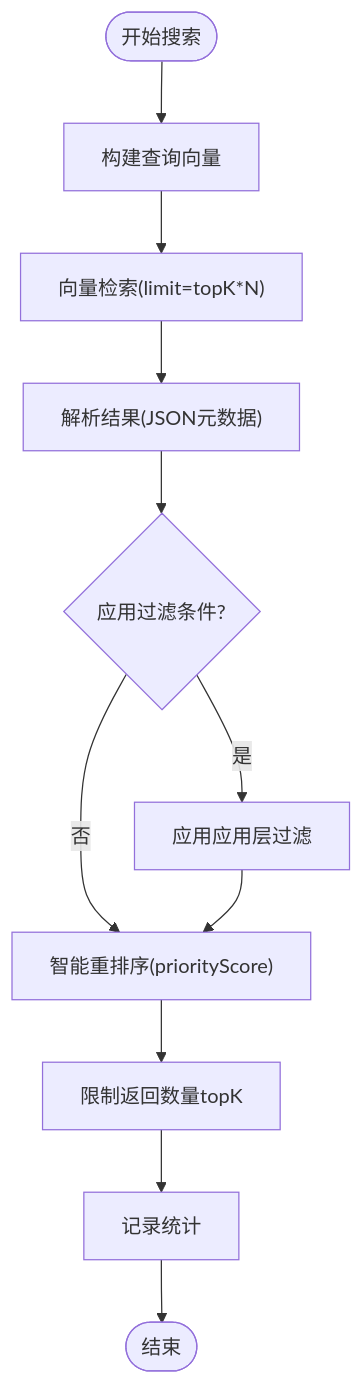
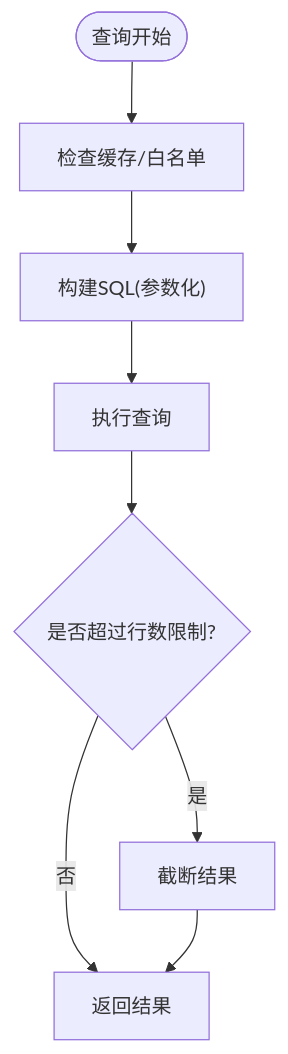
The third of 6 diagrams in NL2SQL/.qoder/repowiki/zh/content/部署与运维/性能调优.md (HanHuiOnLine/724-office), drawn with Mermaid before and after one commit. The commit also changed other lines of this file and 207 other files, not shown here.

````diff
--- a/NL2SQL/.qoder/repowiki/zh/content/部署与运维/性能调优.md
+++ b/NL2SQL/.qoder/repowiki/zh/content/部署与运维/性能调优.md
@@ -233,13 +184,10 @@
 ```mermaid
 flowchart TD
-Start(["开始搜索"]) --> Build["构建查询向量"]
-Build --> Search["向量检索(limit=topK*N)"]
-Search --> Parse["解析结果(JSON元数据)"]
-Parse --> Filter{"应用过滤条件?"}
-Filter --> |是| Apply["应用应用层过滤"]
-Filter --> |否| Rank["智能重排序(priorityScore)"]
-Apply --> Rank
-Rank --> Limit["限制返回数量topK"]
-Limit --> Record["记录统计"]
-Record --> End(["结束"])
+Start(["查询开始"]) --> CheckCache["检查缓存/白名单"]
+CheckCache --> BuildSQL["构建SQL(参数化)"]
+BuildSQL --> Exec["执行查询"]
+Exec --> LimitCheck{"是否超过行数限制?"}
+LimitCheck --> |是| Truncate["截断结果"]
+LimitCheck --> |否| Return["返回结果"]
+Truncate --> Return
 ```
````
